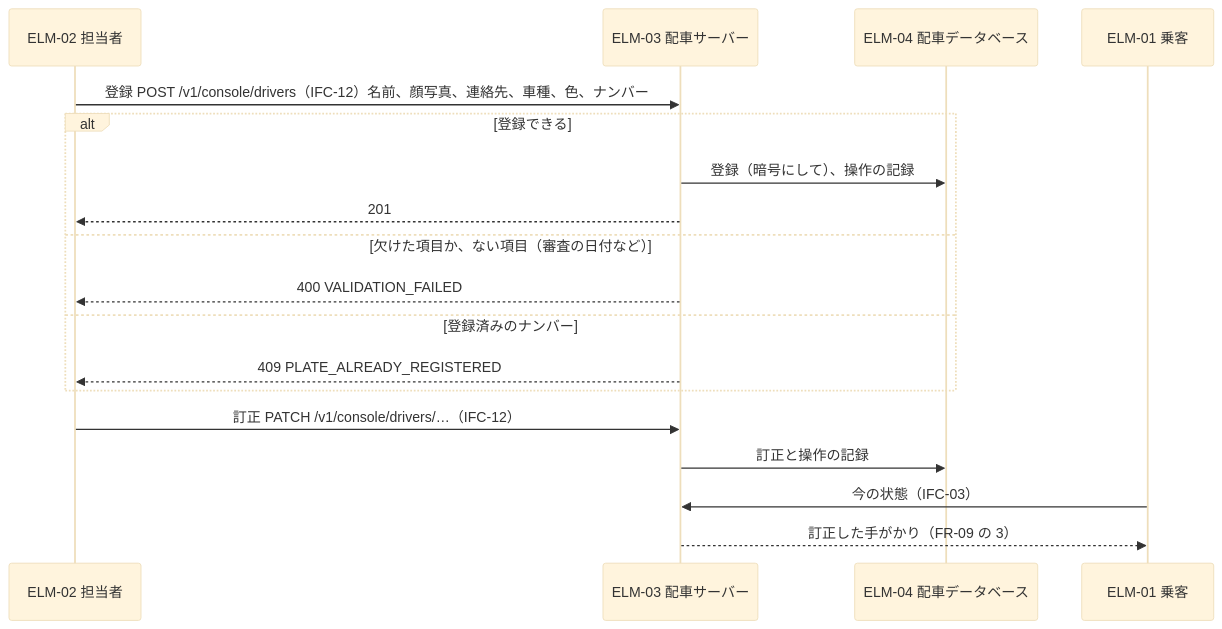
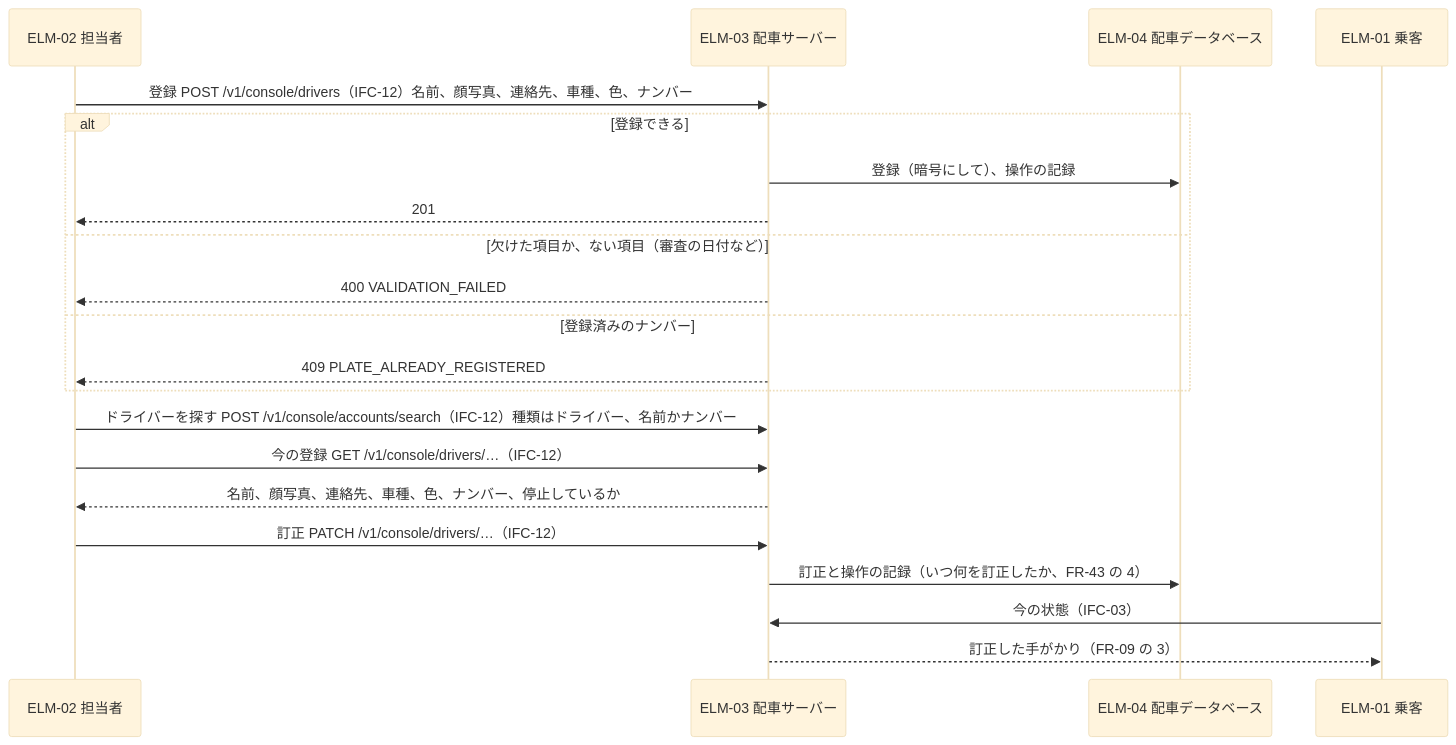
One commit to Taro000/ride-hailing-app-demo changed diagram 21 of 57 in docs/design/3-high-level-design.md. Above: the diagram before and after it, drawn with Mermaid (base theme). The commit also changed other lines of this file and 51 other files, not shown here.

````diff
--- a/docs/design/3-high-level-design.md
+++ b/docs/design/3-high-level-design.md
@@ -715,20 +812,23 @@
 ```mermaid
 sequenceDiagram
   participant O as ELM-02 担当者
   participant S as ELM-03 配車サーバー
   participant DB as ELM-04 配車データベース
   participant P as ELM-01 乗客
   O->>S: 登録 POST /v1/console/drivers（IFC-12）名前、顔写真、連絡先、車種、色、ナンバー
   alt 登録できる
     S->>DB: 登録（暗号にして）、操作の記録
     S-->>O: 201
   else 欠けた項目か、ない項目（審査の日付など）
     S-->>O: 400 VALIDATION_FAILED
   else 登録済みのナンバー
     S-->>O: 409 PLATE_ALREADY_REGISTERED
   end
+  O->>S: ドライバーを探す POST /v1/console/accounts/search（IFC-12）種類はドライバー、名前かナンバー
+  O->>S: 今の登録 GET /v1/console/drivers/…（IFC-12）
+  S-->>O: 名前、顔写真、連絡先、車種、色、ナンバー、停止しているか
   O->>S: 訂正 PATCH /v1/console/drivers/…（IFC-12）
-  S->>DB: 訂正と操作の記録
+  S->>DB: 訂正と操作の記録（いつ何を訂正したか、FR-43 の 4）
   P->>S: 今の状態（IFC-03）
   S-->>P: 訂正した手がかり（FR-09 の 3）
 ```
````
